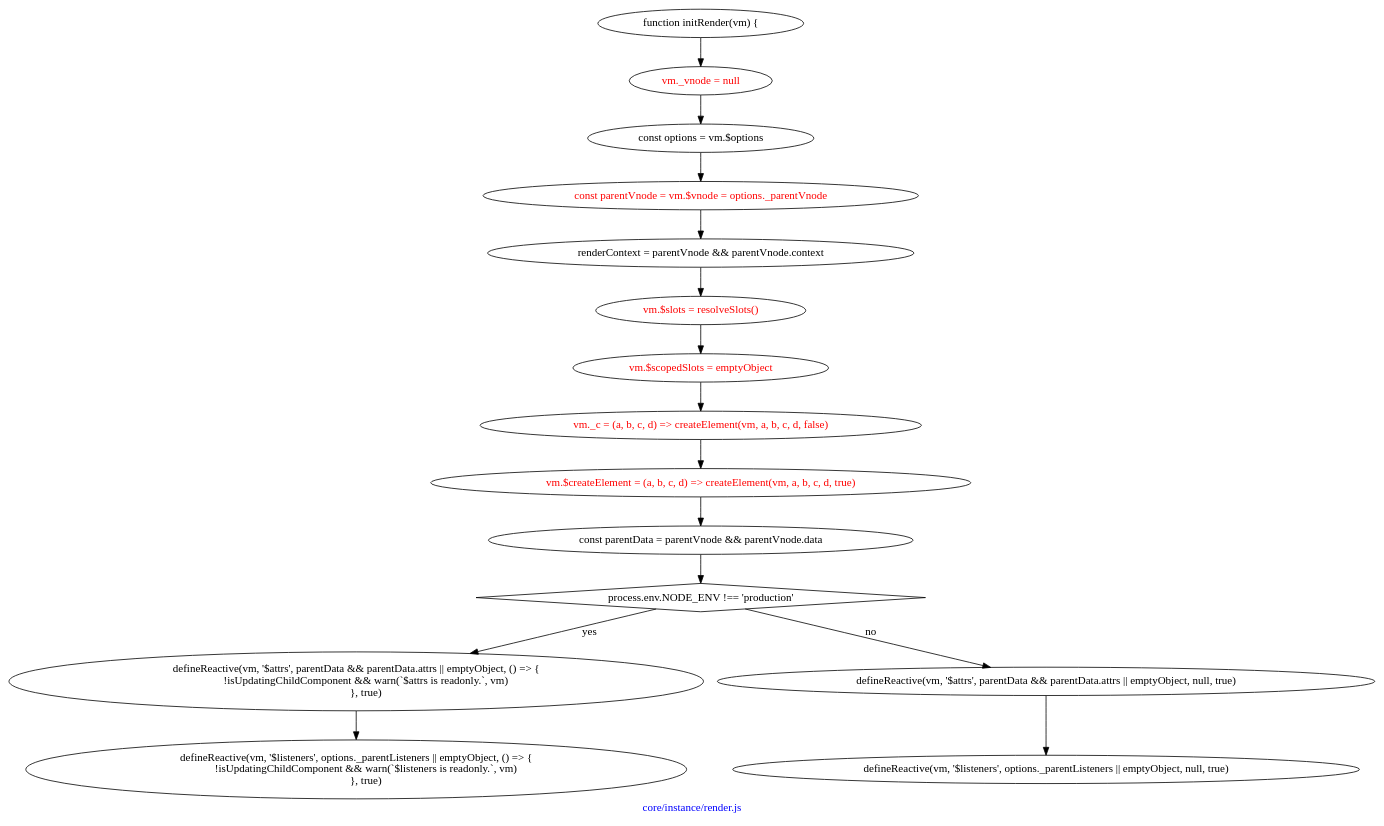
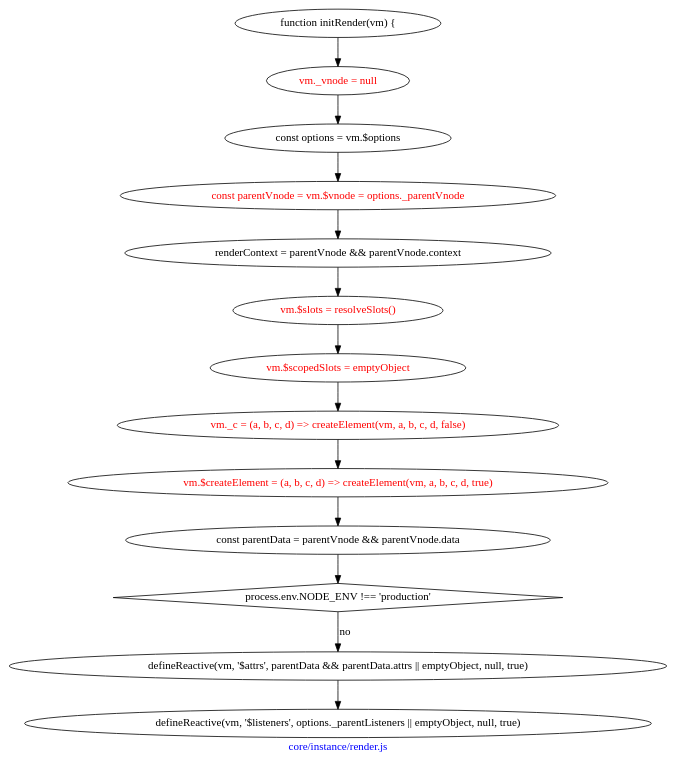
Before and after one commit to ltaoo/vueSourceAnalysis: the diagram in flow/initRender.gv, drawn with Graphviz. The commit also changed 27 other files, not shown here.

```diff
--- a/flow/initRender.gv
+++ b/flow/initRender.gv
@@ -1,80 +1,80 @@
 digraph G {
     graph [
         label="core/instance/render.js"
         fontcolor=blue
     ]
 
     start [
         label="function initRender(vm) {"
     ]
 
     setVNode [
         label="vm._vnode = null"
         fontcolor=red
     ]
     start -> setVNode
     varOptions [
         label="const options = vm.$options"
     ]
     setVNode -> varOptions
     varParentVnode [
         label="const parentVnode = vm.$vnode = options._parentVnode"
         fontcolor=red
     ]
     varOptions -> varParentVnode
     varContext [
         label="renderContext = parentVnode && parentVnode.context"
     ]
     varParentVnode -> varContext
     setSlots [
         label="vm.$slots = resolveSlots()"
         fontcolor=red
     ]
     varContext -> setSlots
     setScopeSlots [
         label="vm.$scopedSlots = emptyObject"
         fontcolor=red
     ]
     setSlots -> setScopeSlots
     setCFunc [
         label="vm._c = (a, b, c, d) => createElement(vm, a, b, c, d, false)"
         fontcolor=red
     ]
     setScopeSlots -> setCFunc
     setCreateElementFunc [
         label="vm.$createElement = (a, b, c, d) => createElement(vm, a, b, c, d, true)"
         fontcolor=red
     ]
     setCFunc -> setCreateElementFunc
     varParentData [
         label="const parentData = parentVnode && parentVnode.data"
     ]
     setCreateElementFunc -> varParentData
     notProduction [
         label="process.env.NODE_ENV !== 'production'"
         shape=diamond
     ]
     varParentData -> notProduction
-    defineReactive0 [
-        label="defineReactive(vm, '$attrs', parentData && parentData.attrs || emptyObject, () => {
-        !isUpdatingChildComponent && warn(`$attrs is readonly.`, vm)
-        }, true)"
-    ]
-    notProduction -> defineReactive0 [label="yes"]
+    // defineReactive0 [
+    //     label="defineReactive(vm, '$attrs', parentData && parentData.attrs || emptyObject, () => {
+    //     !isUpdatingChildComponent && warn(`$attrs is readonly.`, vm)
+    //     }, true)"
+    // ]
+    // notProduction -> defineReactive0 [label="yes"]
 
-    defineReactive1 [
-        label="defineReactive(vm, '$listeners', options._parentListeners || emptyObject, () => {
-        !isUpdatingChildComponent && warn(`$listeners is readonly.`, vm)
-        }, true)"
-    ]
-    defineReactive0 -> defineReactive1
+    // defineReactive1 [
+    //     label="defineReactive(vm, '$listeners', options._parentListeners || emptyObject, () => {
+    //     !isUpdatingChildComponent && warn(`$listeners is readonly.`, vm)
+    //     }, true)"
+    // ]
+    // defineReactive0 -> defineReactive1
 
     defineReactive2 [
         label="defineReactive(vm, '$attrs', parentData && parentData.attrs || emptyObject, null, true)"
     ]
     notProduction -> defineReactive2 [label="no"]
     defineReactive3 [
         label="defineReactive(vm, '$listeners', options._parentListeners || emptyObject, null, true)"
     ]
     defineReactive2 -> defineReactive3
 }
```
